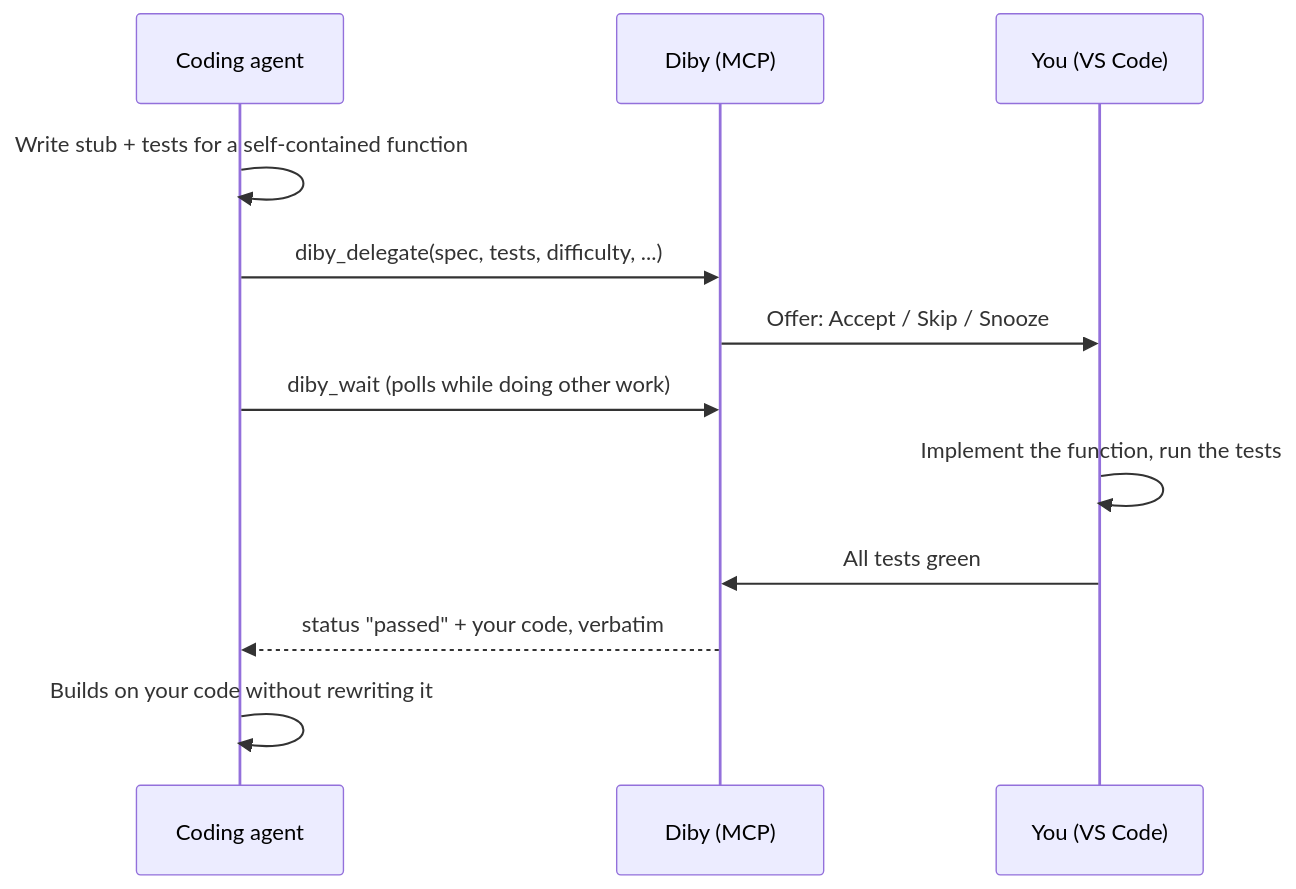
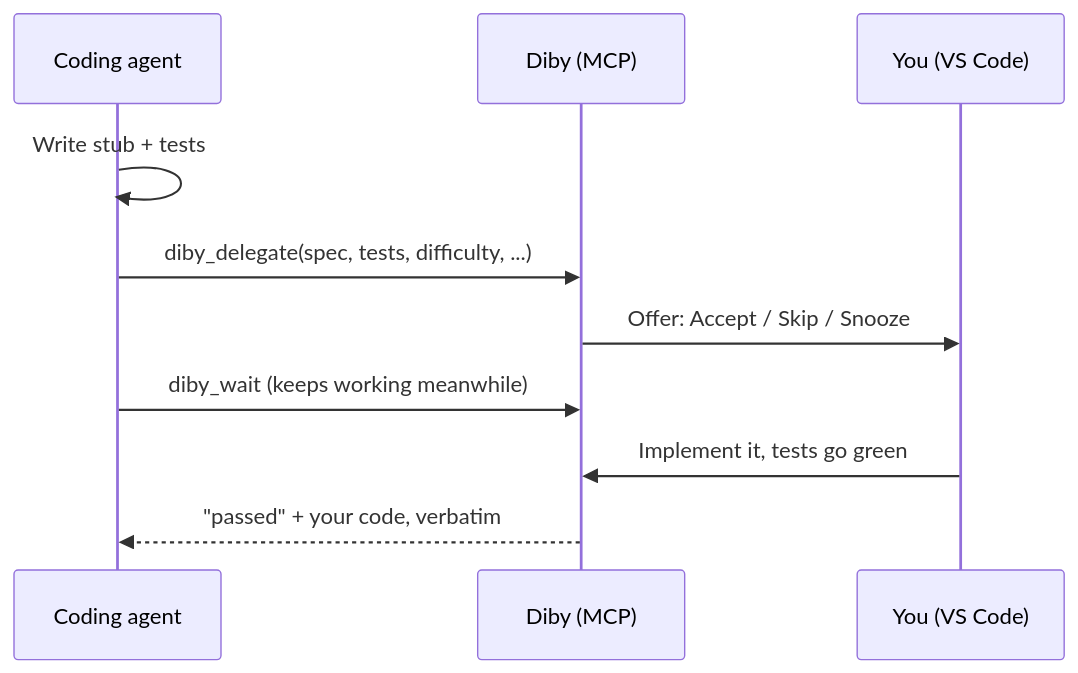
Before and after one commit to SeamusMullan/diby: the diagram in README.md, drawn with Mermaid. The commit also changed other lines of this file and 2 other files, not shown here.

First line of the commit message:
docs: add ROADMAP.md to v0.1.0 and slim down the README

````diff
--- a/README.md
+++ b/README.md
@@ -29,14 +27,12 @@
 ```mermaid
 sequenceDiagram
   participant A as Coding agent
   participant D as Diby (MCP)
   participant Y as You (VS Code)
-  A->>A: Write stub + tests for a self-contained function
+  A->>A: Write stub + tests
   A->>D: diby_delegate(spec, tests, difficulty, ...)
   D->>Y: Offer: Accept / Skip / Snooze
-  A->>D: diby_wait (polls while doing other work)
-  Y->>Y: Implement the function, run the tests
-  Y->>D: All tests green
-  D-->>A: status "passed" + your code, verbatim
-  A->>A: Builds on your code without rewriting it
+  A->>D: diby_wait (keeps working meanwhile)
+  Y->>D: Implement it, tests go green
+  D-->>A: "passed" + your code, verbatim
 ```
````
